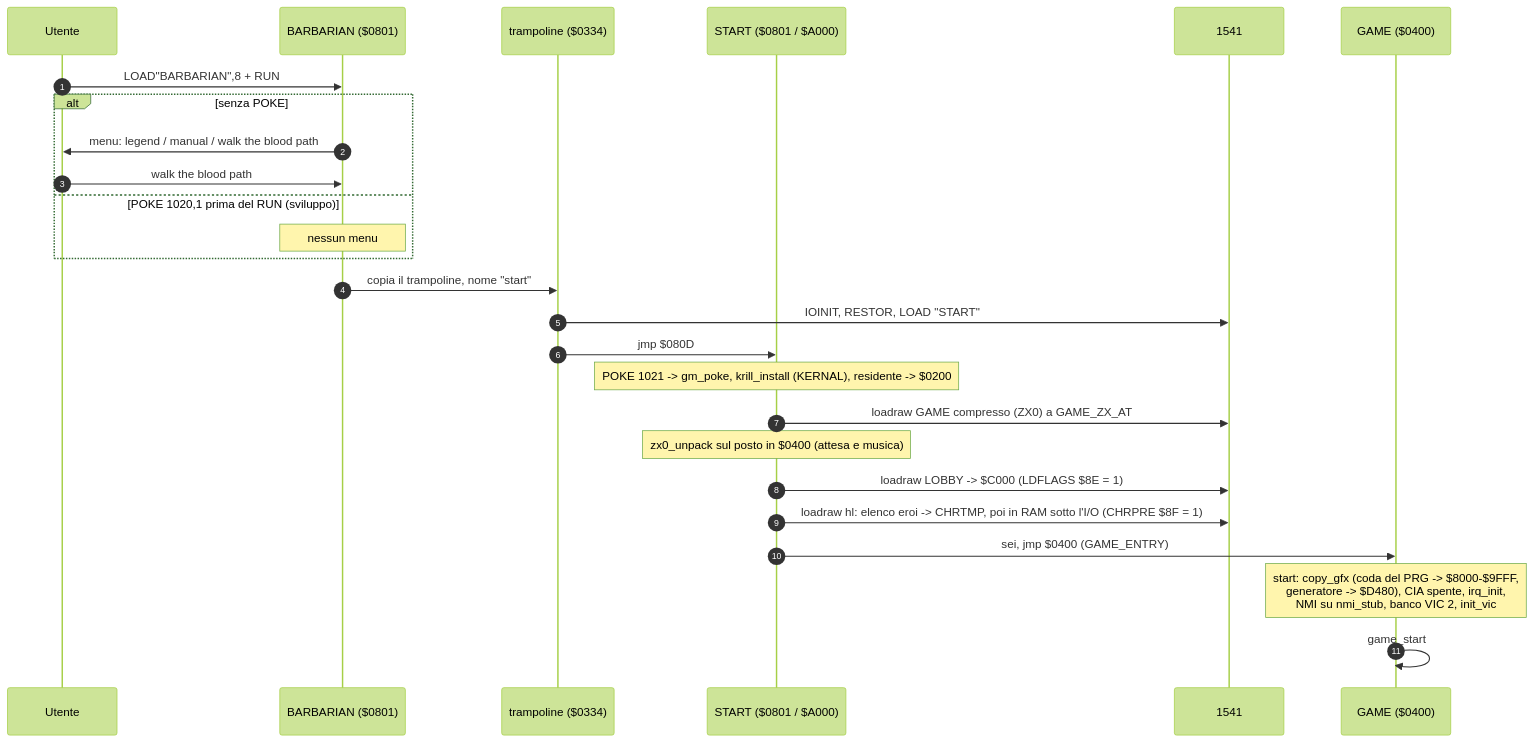
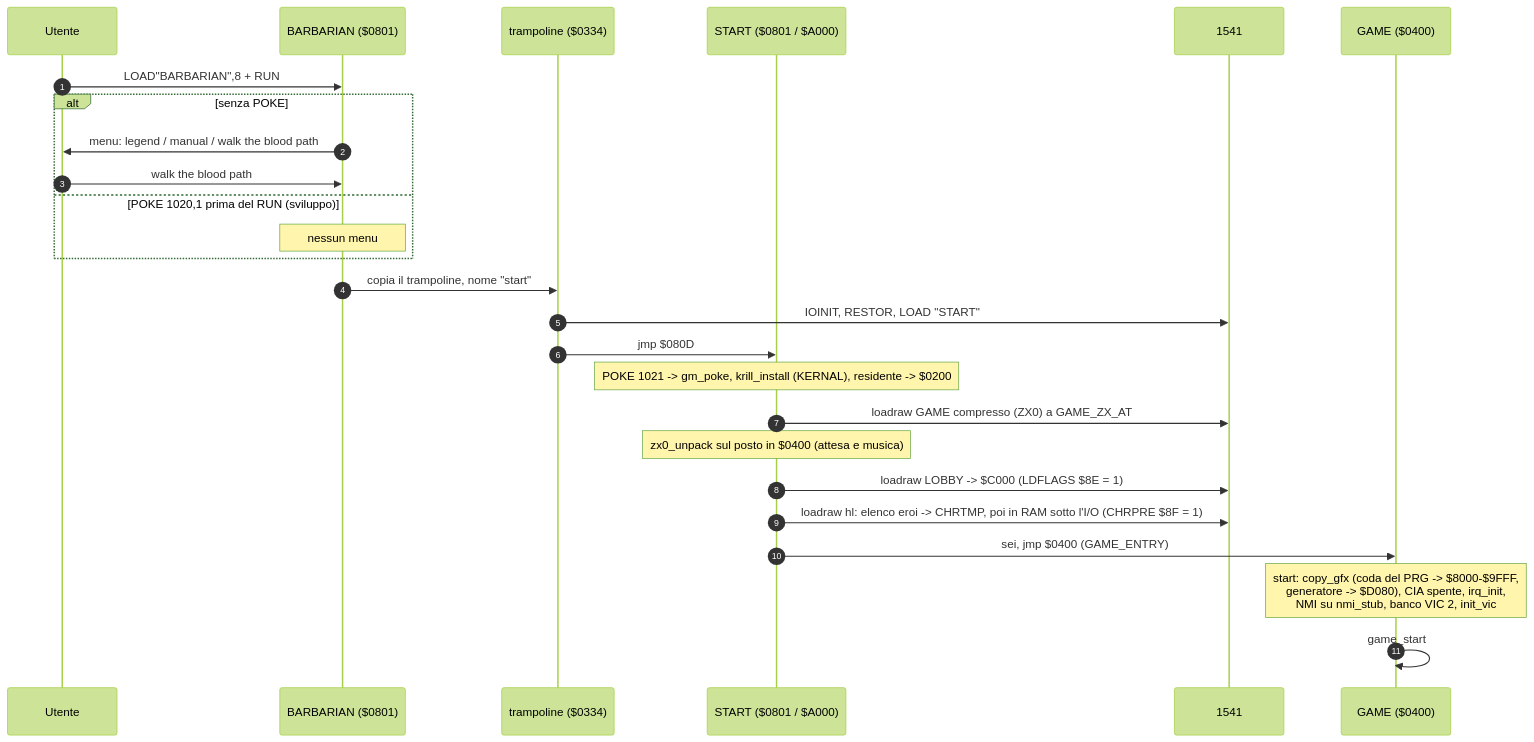
The first of 18 diagrams in docs/wiki/flussi.md (caporalesimone/barbarian-the-blood-path), drawn with Mermaid (forest theme) before and after one commit. The commit also changed other lines of this file and 23 other files, not shown here.

````diff
--- a/docs/wiki/flussi.md
+++ b/docs/wiki/flussi.md
@@ -24,28 +24,28 @@
 ```mermaid
 sequenceDiagram
     autonumber
     participant U as Utente
     participant B as BARBARIAN ($0801)
     participant T as trampoline ($0334)
     participant S as START ($0801 / $A000)
     participant D as 1541
     participant G as GAME ($0400)
     U->>B: LOAD"BARBARIAN",8 + RUN
     alt senza POKE
         B->>U: menu: legend / manual / walk the blood path
         U->>B: walk the blood path
     else POKE 1020,1 prima del RUN (sviluppo)
         Note over B: nessun menu
     end
     B->>T: copia il trampoline, nome "start"
     T->>D: IOINIT, RESTOR, LOAD "START"
     T->>S: jmp $080D
     Note over S: POKE 1021 -> gm_poke, krill_install (KERNAL), residente -> $0200
     S->>D: loadraw GAME compresso (ZX0) a GAME_ZX_AT
     Note over S: zx0_unpack sul posto in $0400 (attesa e musica)
     S->>D: loadraw LOBBY -> $C000 (LDFLAGS $8E = 1)
     S->>D: loadraw hl: elenco eroi -> CHRTMP, poi in RAM sotto l'I/O (CHRPRE $8F = 1)
     S->>G: sei, jmp $0400 (GAME_ENTRY)
-    Note over G: start: copy_gfx (coda del PRG -> $8000-$9FFF,<br/>generatore -> $D480), CIA spente, irq_init,<br/>NMI su nmi_stub, banco VIC 2, init_vic
+    Note over G: start: copy_gfx (coda del PRG -> $8000-$9FFF,<br/>generatore -> $D080), CIA spente, irq_init,<br/>NMI su nmi_stub, banco VIC 2, init_vic
     G->>G: game_start
 ```
````
